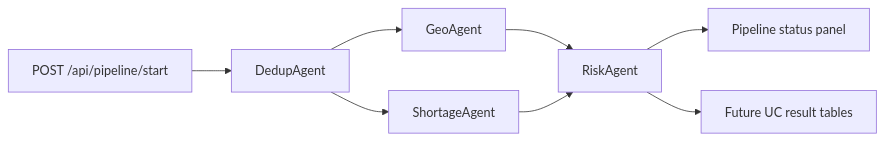
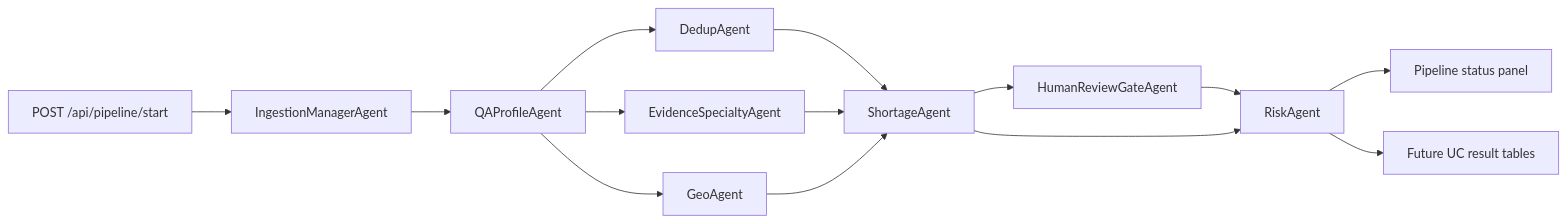
One commit to motobob/dbx_hack_doctors changed the second of 2 diagrams in app/lib/agents/SPEC.md. Above: the diagram before and after it, drawn with Mermaid. The commit also changed other lines of this file and 30 other files, not shown here.

````diff
--- a/app/lib/agents/SPEC.md
+++ b/app/lib/agents/SPEC.md
@@ -7,10 +28,16 @@
 ```mermaid
 flowchart LR
-  start[POST /api/pipeline/start] --> dedup[DedupAgent]
-  dedup --> geo[GeoAgent]
+  start[POST /api/pipeline/start] --> ingestion[IngestionManagerAgent]
+  ingestion --> qa[QAProfileAgent]
+  qa --> dedup[DedupAgent]
+  qa --> evidence[EvidenceSpecialtyAgent]
+  qa --> geo[GeoAgent]
   dedup --> shortage[ShortageAgent]
-  geo --> risk[RiskAgent]
+  evidence --> shortage
+  geo --> shortage
+  shortage --> review[HumanReviewGateAgent]
+  review --> risk[RiskAgent]
   shortage --> risk
   risk --> ui[Pipeline status panel]
   risk --> result[Future UC result tables]
 ```
````
